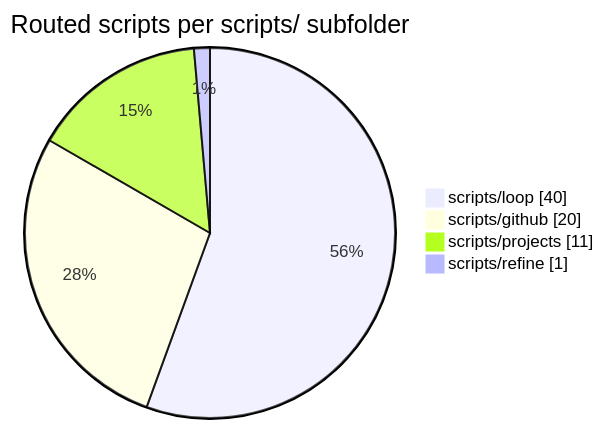
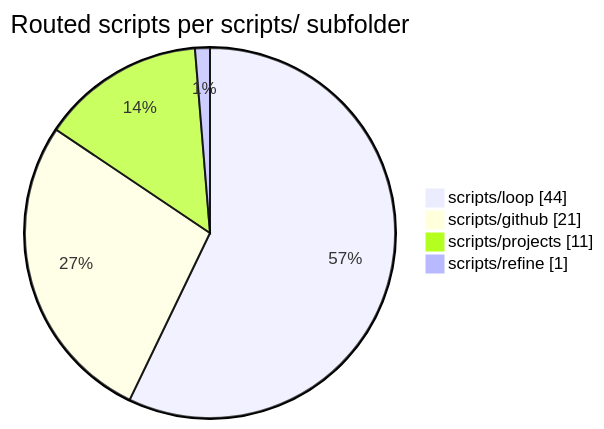
One commit to mfittko/dev-loops changed the third of 13 diagrams in docs/atlas/08-cli-and-skills.md. Above: the diagram before and after it, drawn with Mermaid. The commit also changed other lines of this file, not shown here.

````diff
--- a/docs/atlas/08-cli-and-skills.md
+++ b/docs/atlas/08-cli-and-skills.md
@@ -78,8 +80,8 @@
 ```mermaid
 pie showData
   title Routed scripts per scripts/ subfolder
-  "scripts/loop" : 40
-  "scripts/github" : 20
+  "scripts/loop" : 44
+  "scripts/github" : 21
   "scripts/projects" : 11
   "scripts/refine" : 1
 ```
````
